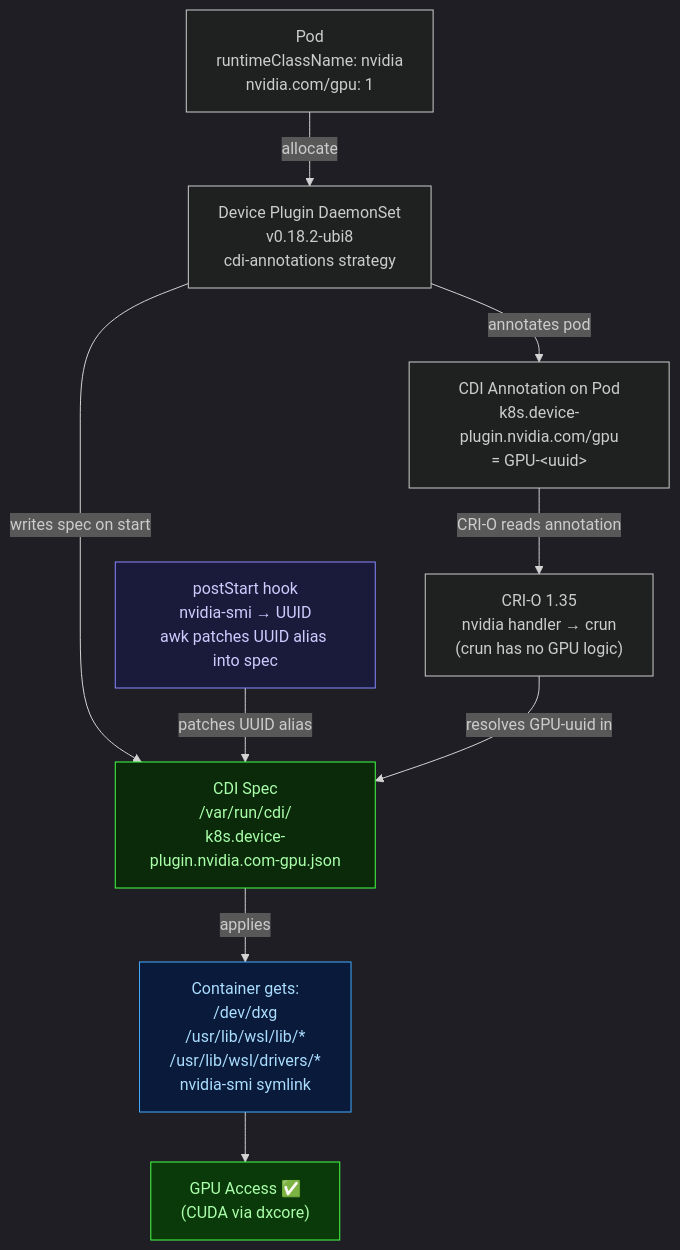
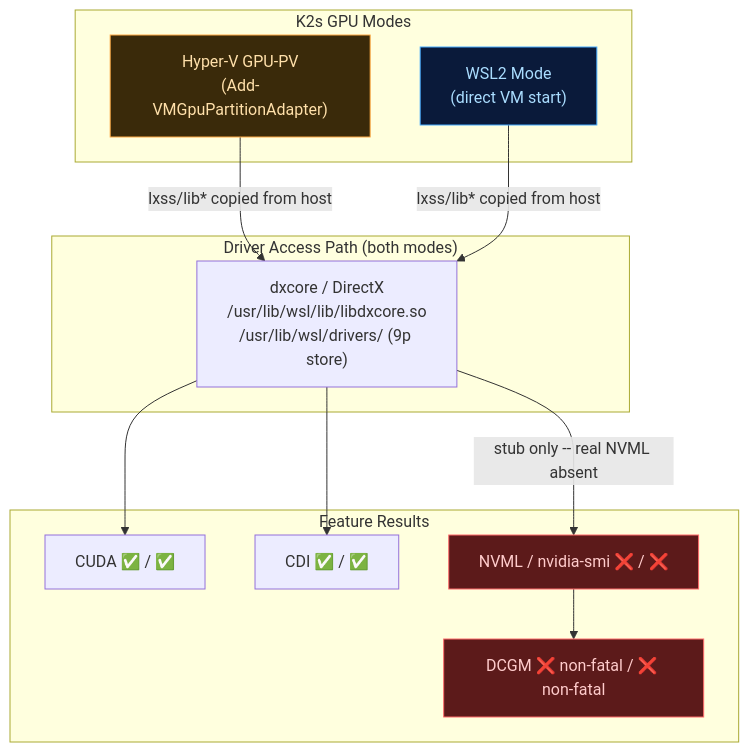
One commit to Siemens-Healthineers/K2s changed the tenth of 14 diagrams in docs/dev-guide/contributing/gpu-node-roadmap.md. Above: the diagram before and after it, drawn with Mermaid. The commit also changed other lines of this file and 8 other files, not shown here.

First line of the commit message:
feat(gpu-node): validate Hyper-V CDI, fix image tag, remove legacy nvidia handler, restructure roadmap

````diff
--- a/docs/dev-guide/contributing/gpu-node-roadmap.md
+++ b/docs/dev-guide/contributing/gpu-node-roadmap.md
@@ -201,26 +412,30 @@
 ```mermaid
-%%{init: {'theme': 'dark'}}%%
-flowchart TD
-    POD["Pod\nruntimeClassName: nvidia\nnvidia.com/gpu: 1"]
-    DP["Device Plugin DaemonSet\nv0.18.2-ubi8\ncdi-annotations strategy"]
-    ANN["CDI Annotation on Pod\nk8s.device-plugin.nvidia.com/gpu\n= GPU-&lt;uuid&gt;"]
-    CRIO["CRI-O 1.35\nnvidia handler → crun\n(crun has no GPU logic)"]
-    CDI["CDI Spec\n/var/run/cdi/\nk8s.device-plugin.nvidia.com-gpu.json"]
-    HOOK["postStart hook\nnvidia-smi → UUID\nawk patches UUID alias into spec"]
-    MOUNTS["Container gets:\n/dev/dxg\n/usr/lib/wsl/lib/*\n/usr/lib/wsl/drivers/*\nnvidia-smi symlink"]
-    GPU["GPU Access ✅\n(CUDA via dxcore)"]
+graph TD
+    subgraph modes["K2s GPU Modes"]
+        HV["Hyper-V GPU-PV\n(Add-VMGpuPartitionAdapter)"]
+        WSL["WSL2 Mode\n(direct VM start)"]
+    end
 
-    POD -->|allocate| DP
-    DP -->|annotates pod| ANN
-    ANN -->|CRI-O reads annotation| CRIO
-    DP -->|writes spec on start| CDI
-    HOOK -->|patches UUID alias| CDI
-    CRIO -->|resolves GPU-uuid in| CDI
-    CDI -->|applies| MOUNTS
-    MOUNTS --> GPU
+    subgraph drivers["Driver Access Path (both modes)"]
+        DX["dxcore / DirectX\n/usr/lib/wsl/lib/libdxcore.so\n/usr/lib/wsl/drivers/ (9p store)"]
+    end
 
-    style CDI fill:#0a2a0a,stroke:#44ff44,color:#aaffaa
-    style MOUNTS fill:#0a1a3a,stroke:#44aaff,color:#aaddff
-    style GPU fill:#0a3a0a,stroke:#44ff44,color:#aaffaa
-    style HOOK fill:#1a1a3a,stroke:#8888ff,color:#ccccff
+    subgraph compat["Feature Results"]
+        CUDA["CUDA ✅ / ✅"]
+        CDI["CDI ✅ / ✅"]
+        NVML["NVML / nvidia-smi ❌ / ❌"]
+        DCGM["DCGM ❌ non-fatal / ❌ non-fatal"]
+    end
+
+    HV -->|lxss/lib* copied from host| DX
+    WSL -->|lxss/lib* copied from host| DX
+    DX --> CUDA
+    DX --> CDI
+    DX -->|stub only -- real NVML absent| NVML
+    NVML --> DCGM
+
+    style HV fill:#3a2a0a,stroke:#ffaa44,color:#ffe0aa
+    style WSL fill:#0a1a3a,stroke:#44aaff,color:#aaddff
+    style DCGM fill:#5c1a1a,stroke:#ff6b6b,color:#ffcccc
+    style NVML fill:#5c1a1a,stroke:#ff6b6b,color:#ffcccc
 ```
````
